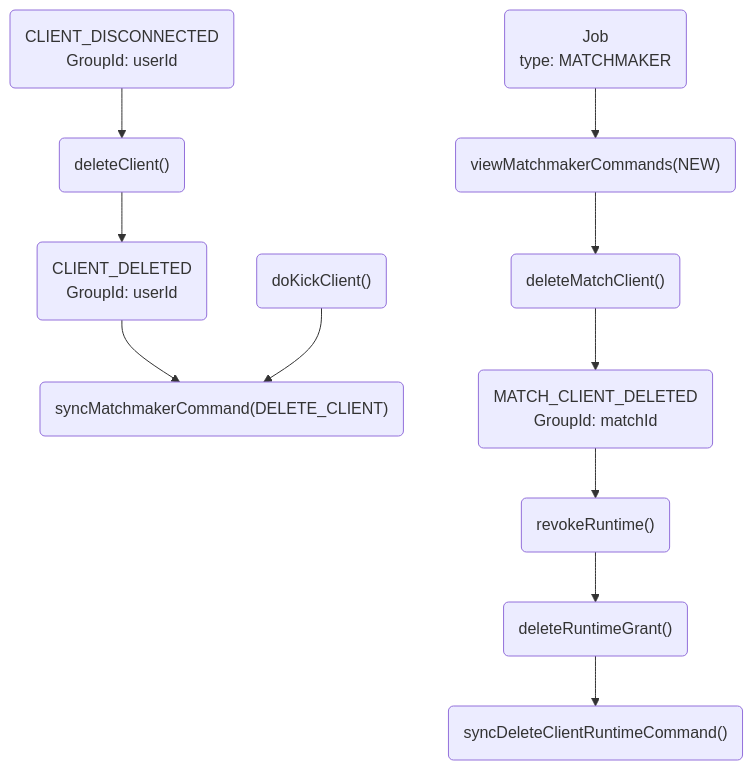
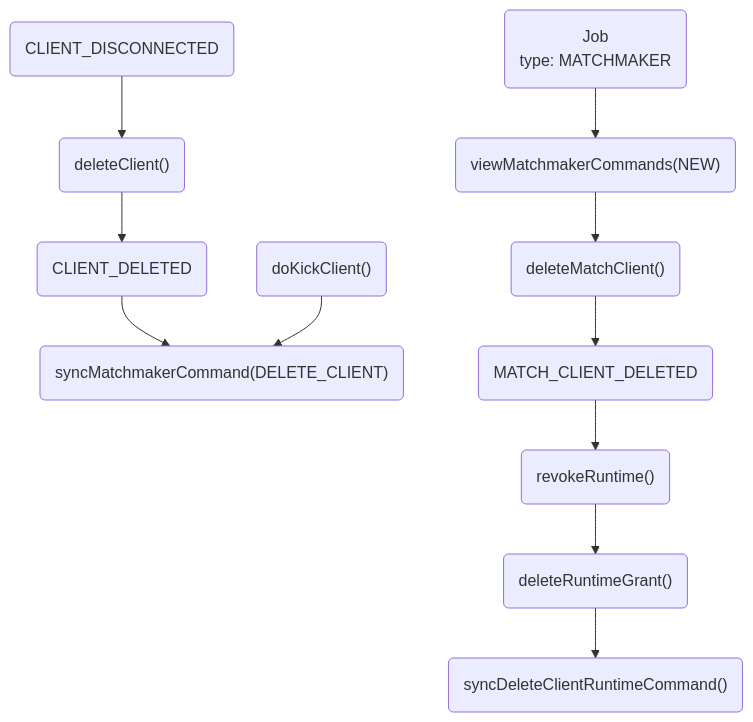
Before and after one commit to OMGSERVERS/omgservers: the diagram in omgservers-documentation/ClientCleanup.md, drawn with Mermaid. The commit also changed 2 other files, not shown here.

Commit message:
Clean up docs

````diff
--- a/omgservers-documentation/ClientCleanup.md
+++ b/omgservers-documentation/ClientCleanup.md
@@ -3,17 +3,17 @@
 ```mermaid
 graph TD;
 
-ClientDisconnected(CLIENT_DISCONNECTED<br/>GroupId: userId) --> deleteClient("deleteClient()")
-deleteClient("deleteClient()") --> ClientDeleted(CLIENT_DELETED<br/>GroupId: userId)
-ClientDeleted(CLIENT_DELETED<br/>GroupId: userId) --> syncMatchmakerCommand("syncMatchmakerCommand(DELETE_CLIENT)")
+ClientDisconnected(CLIENT_DISCONNECTED) --> deleteClient("deleteClient()")
+deleteClient("deleteClient()") --> ClientDeleted(CLIENT_DELETED)
+ClientDeleted(CLIENT_DELETED) --> syncMatchmakerCommand("syncMatchmakerCommand(DELETE_CLIENT)")
 
 MatchmakerJob(Job<br/>type: MATCHMAKER) --> viewMatchmakerCommands("viewMatchmakerCommands(NEW)")
 viewMatchmakerCommands("viewMatchmakerCommands(NEW)") --> deleteMatchClient("deleteMatchClient()")
-deleteMatchClient("deleteMatchClient()") --> MatchClientDeleted(MATCH_CLIENT_DELETED<br/>GroupId: matchId)
-MatchClientDeleted(MATCH_CLIENT_DELETED<br/>GroupId: matchId) --> revokeRuntime("revokeRuntime()")
+deleteMatchClient("deleteMatchClient()") --> MatchClientDeleted(MATCH_CLIENT_DELETED)
+MatchClientDeleted(MATCH_CLIENT_DELETED) --> revokeRuntime("revokeRuntime()")
 revokeRuntime("revokeRuntime()") --> deleteRuntimeGrant("deleteRuntimeGrant()")
 deleteRuntimeGrant("deleteRuntimeGrant()") --> syncDeleteClientRuntimeCommand("syncDeleteClientRuntimeCommand()")
 
 doKickClient("doKickClient()") --> syncMatchmakerCommand("syncMatchmakerCommand(DELETE_CLIENT)")
 
 ```
````
